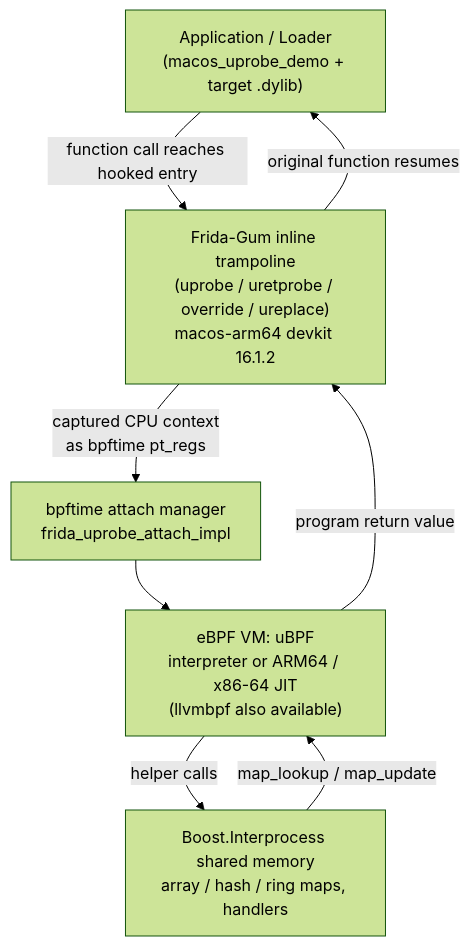
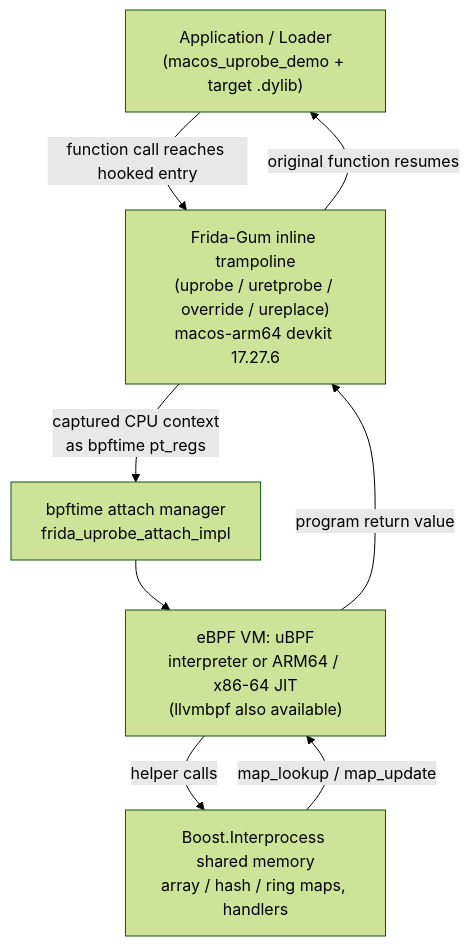
Before and after one commit to eunomia-bpf/bpftime: the diagram in example/macos/README.md, drawn with Mermaid (forest theme). The commit also changed 2 other files, not shown here.

Commit message:
build(cmake): update frida devkit to 17.27.6 and update checksums (#924)

````diff
--- a/example/macos/README.md
+++ b/example/macos/README.md
@@ -62,11 +62,11 @@
 ```mermaid
 flowchart TD
     A["Application / Loader<br/>(macos_uprobe_demo + target .dylib)"] -->|function call reaches hooked entry| B
-    B["Frida-Gum inline trampoline<br/>(uprobe / uretprobe / override / ureplace)<br/>macos-arm64 devkit 16.1.2"] -->|captured CPU context<br/>as bpftime pt_regs| C
+    B["Frida-Gum inline trampoline<br/>(uprobe / uretprobe / override / ureplace)<br/>macos-arm64 devkit 17.27.6"] -->|captured CPU context<br/>as bpftime pt_regs| C
     C["bpftime attach manager<br/>frida_uprobe_attach_impl"] --> D
     D["eBPF VM: uBPF<br/>interpreter or ARM64 / x86-64 JIT<br/>(llvmbpf also available)"] -->|helper calls| E
     E["Boost.Interprocess shared memory<br/>array / hash / ring maps, handlers"]
     E -->|map_lookup / map_update| D
     D -->|program return value| B
     B -->|original function resumes| A
 ```
````
